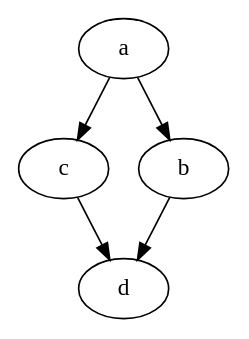
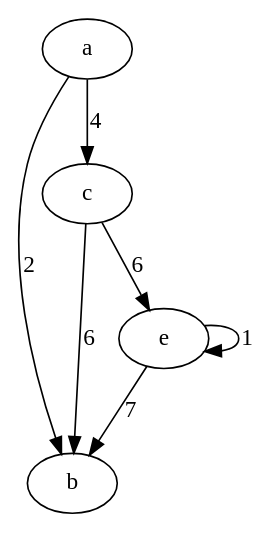
One commit to Jordanwmk/Paralex changed the diagram in InputParser/src/test.dot. Above: the diagram before and after it, drawn with Graphviz. The commit also changed 1 other file, not shown here.

```diff
--- a/InputParser/src/test.dot
+++ b/InputParser/src/test.dot
@@ -1,10 +1,8 @@
-digraph "example" {
-	a [ Weight =2];
-	c [ Weight =3];
-	a -> c [ Weight =2];
-	b [ Weight =3];
-	a -> b [ Weight =1];
-	d [ Weight =2];
-	b -> d [ Weight =2];
-	c -> d [ Weight =1];
-}
+digraph {
+		a -> b[label="2",weight="2"];
+		a -> c[label="4",weight="4"];
+		c -> b[label="6",weight="6"];
+		c -> e[label="6",weight="6"];
+		e -> e[label="1",weight="1"];
+		e -> b[label="7",weight="7"];
+	}
```
